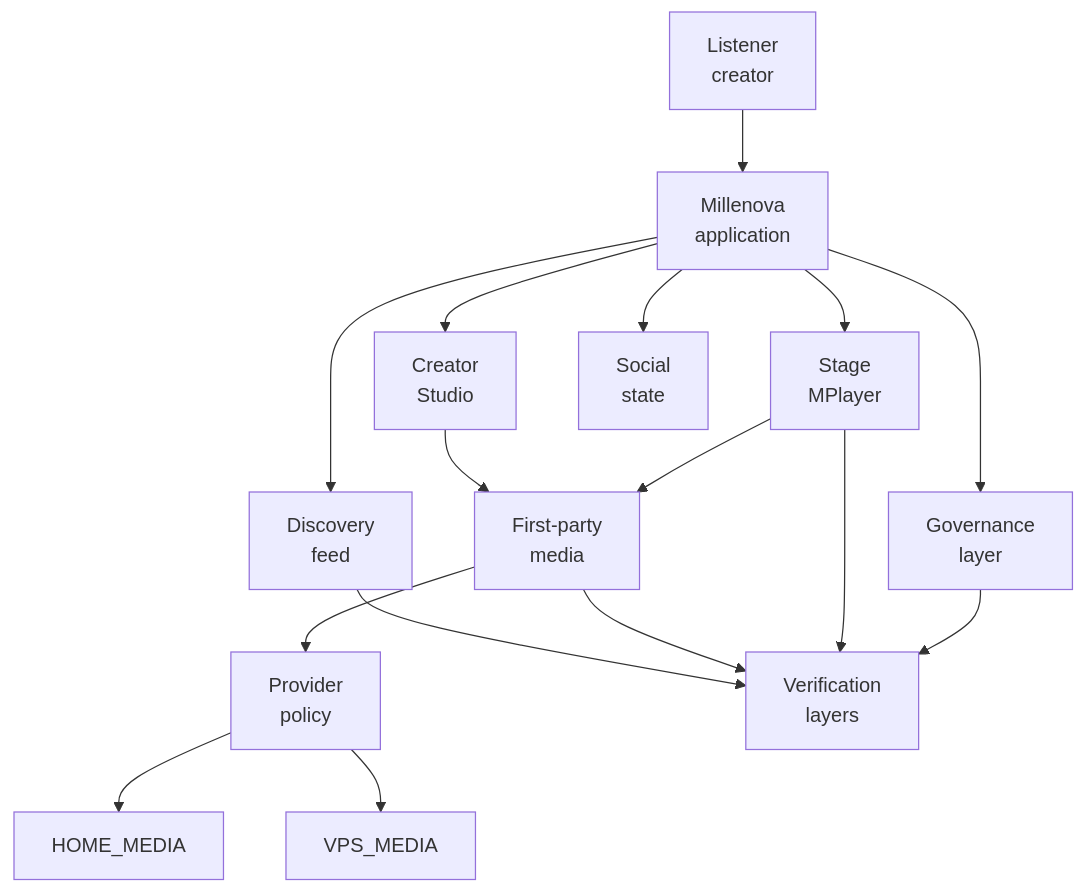
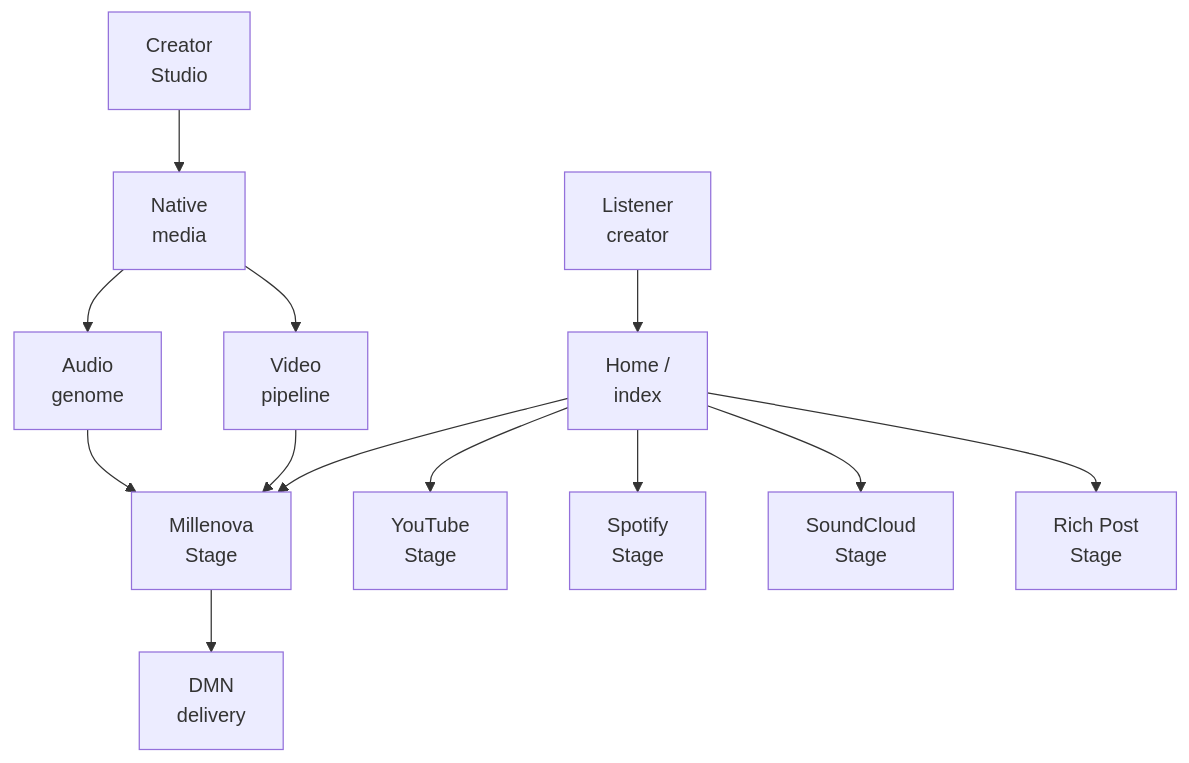
Before and after one commit to wilderruiz/millenova-project: the first of 3 diagrams in docs/ENGINEERING_OVERVIEW.md, drawn with Mermaid. The commit also changed other lines of this file, not shown here.

````diff
--- a/docs/ENGINEERING_OVERVIEW.md
+++ b/docs/ENGINEERING_OVERVIEW.md
@@ -35,22 +37,18 @@
 ```mermaid
 flowchart TD
-    USER["Listener<br/>creator"] --> APP["Millenova<br/>application"]
+    USER["Listener<br/>creator"] --> HOME["Home /<br/>index"]
 
-    APP --> DISC["Discovery<br/>feed"]
-    APP --> STUDIO["Creator<br/>Studio"]
-    APP --> PLAYER["Stage<br/>MPlayer"]
-    APP --> SOCIAL["Social<br/>state"]
-    APP --> GOV["Governance<br/>layer"]
+    HOME --> NATIVE["Millenova<br/>Stage"]
+    HOME --> YT["YouTube<br/>Stage"]
+    HOME --> SP["Spotify<br/>Stage"]
+    HOME --> SC["SoundCloud<br/>Stage"]
+    HOME --> RICH["Rich Post<br/>Stage"]
 
-    STUDIO --> MEDIA["First-party<br/>media"]
-    PLAYER --> MEDIA
+    STUDIO["Creator<br/>Studio"] --> MEDIA["Native<br/>media"]
+    MEDIA --> VIDEO["Video<br/>pipeline"]
+    MEDIA --> AUDIO["Audio<br/>genome"]
 
-    MEDIA --> POLICY["Provider<br/>policy"]
-    POLICY --> HOME["HOME_MEDIA"]
-    POLICY --> VPS["VPS_MEDIA"]
-
-    DISC --> VERIFY["Verification<br/>layers"]
-    MEDIA --> VERIFY
-    PLAYER --> VERIFY
-    GOV --> VERIFY
+    VIDEO --> NATIVE
+    AUDIO --> NATIVE
+    NATIVE --> DMN["DMN<br/>delivery"]
 ```
````
